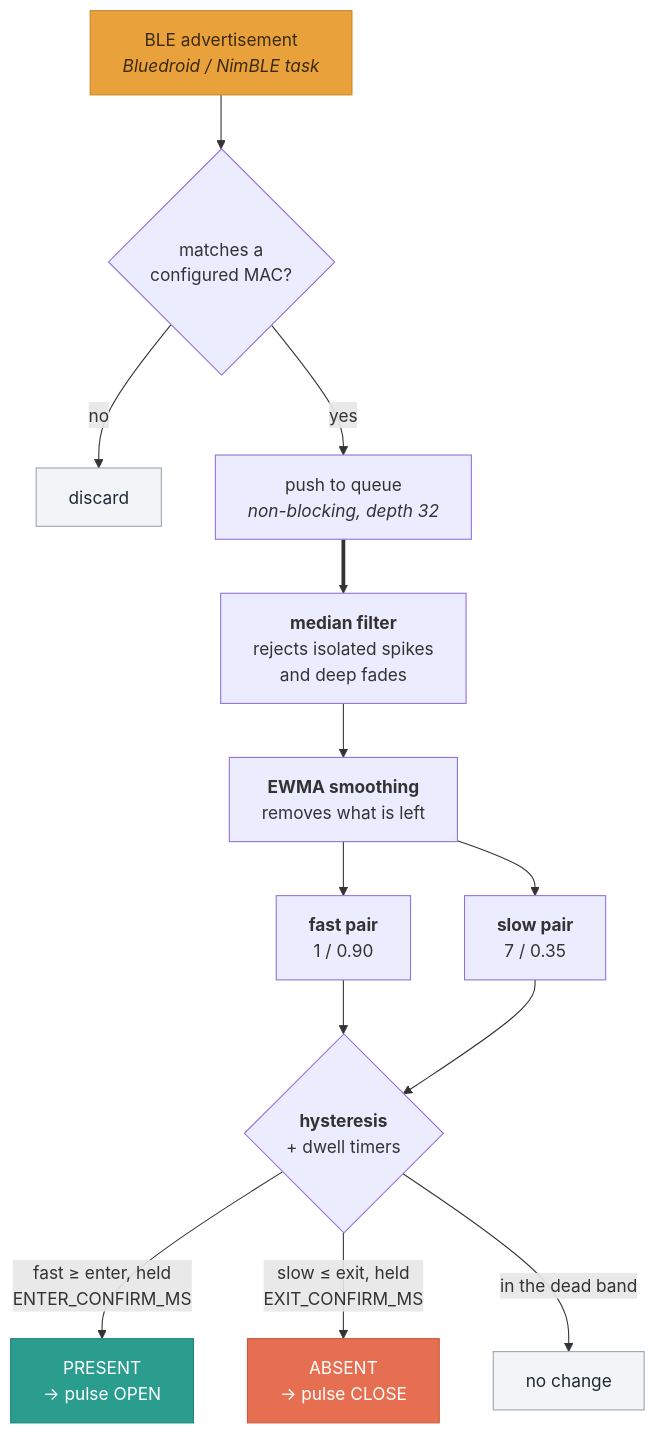
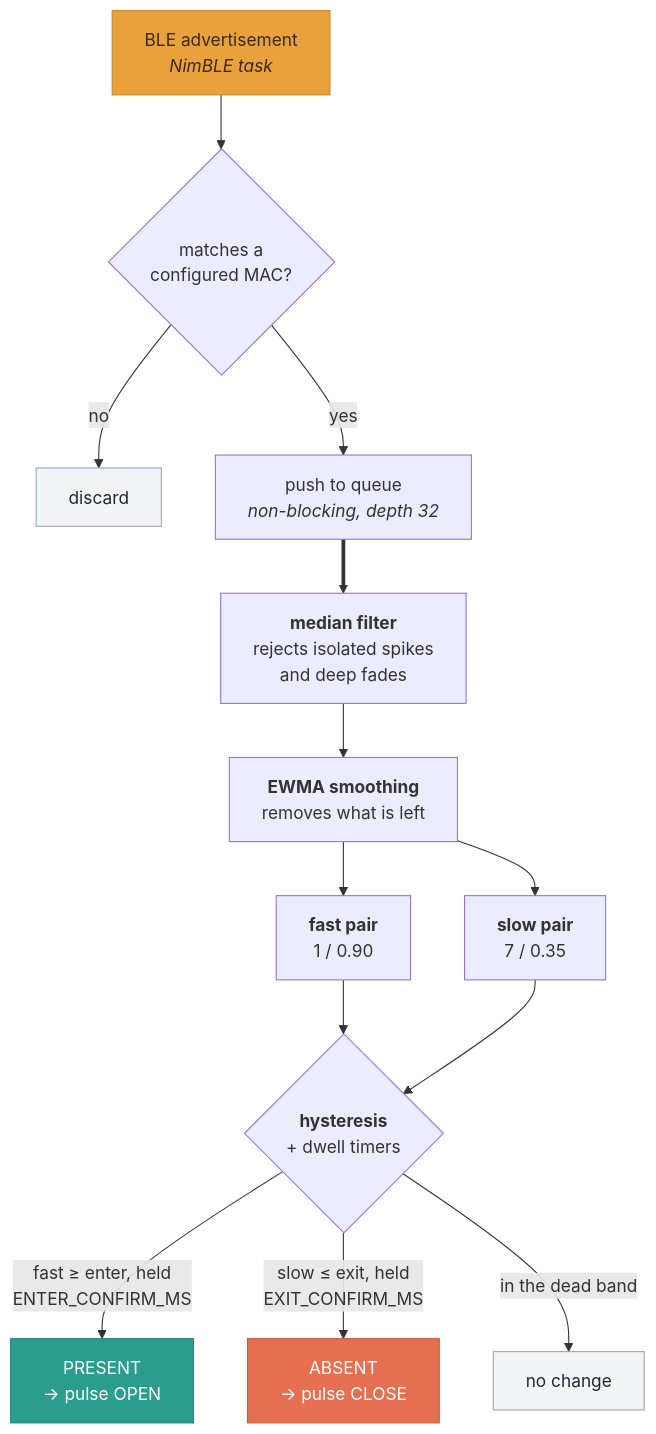
The first of 3 diagrams in docs/ARCHITECTURE.md (jchirayath/PetDoor), drawn with Mermaid before and after one commit. The commit also changed other lines of this file and 7 other files, not shown here.

````diff
--- a/docs/ARCHITECTURE.md
+++ b/docs/ARCHITECTURE.md
@@ -21,21 +21,21 @@
 ```mermaid
 flowchart TD
-    A["BLE advertisement<br/><i>Bluedroid / NimBLE task</i>"] --> B{"matches a<br/>configured MAC?"}
+    A["BLE advertisement<br/><i>NimBLE task</i>"] --> B{"matches a<br/>configured MAC?"}
     B -- no --> X["discard"]
     B -- yes --> C["push to queue<br/><i>non-blocking, depth 32</i>"]
     C ==> D["<b>median filter</b><br/>rejects isolated spikes<br/>and deep fades"]
     D --> E["<b>EWMA smoothing</b><br/>removes what is left"]
     E --> Efast["<b>fast pair</b><br/>1 / 0.90"]
     E --> Eslow["<b>slow pair</b><br/>7 / 0.35"]
     Efast --> F{"<b>hysteresis</b><br/>+ dwell timers"}
     Eslow --> F
     F -- "fast ≥ enter, held<br/>ENTER_CONFIRM_MS" --> G["PRESENT<br/>→ pulse OPEN"]
     F -- "slow ≤ exit, held<br/>EXIT_CONFIRM_MS" --> H["ABSENT<br/>→ pulse CLOSE"]
     F -- "in the dead band" --> I["no change"]
 
     style A fill:#E9A23B,stroke:#C8862A,color:#3b2a10
     style G fill:#2A9D8F,stroke:#21867A,color:#ffffff
     style H fill:#E76F51,stroke:#C85A3E,color:#ffffff
     style X fill:#f3f4f6,stroke:#9AA5B1,color:#1f2937
     style I fill:#f3f4f6,stroke:#9AA5B1,color:#1f2937
 ```
````
